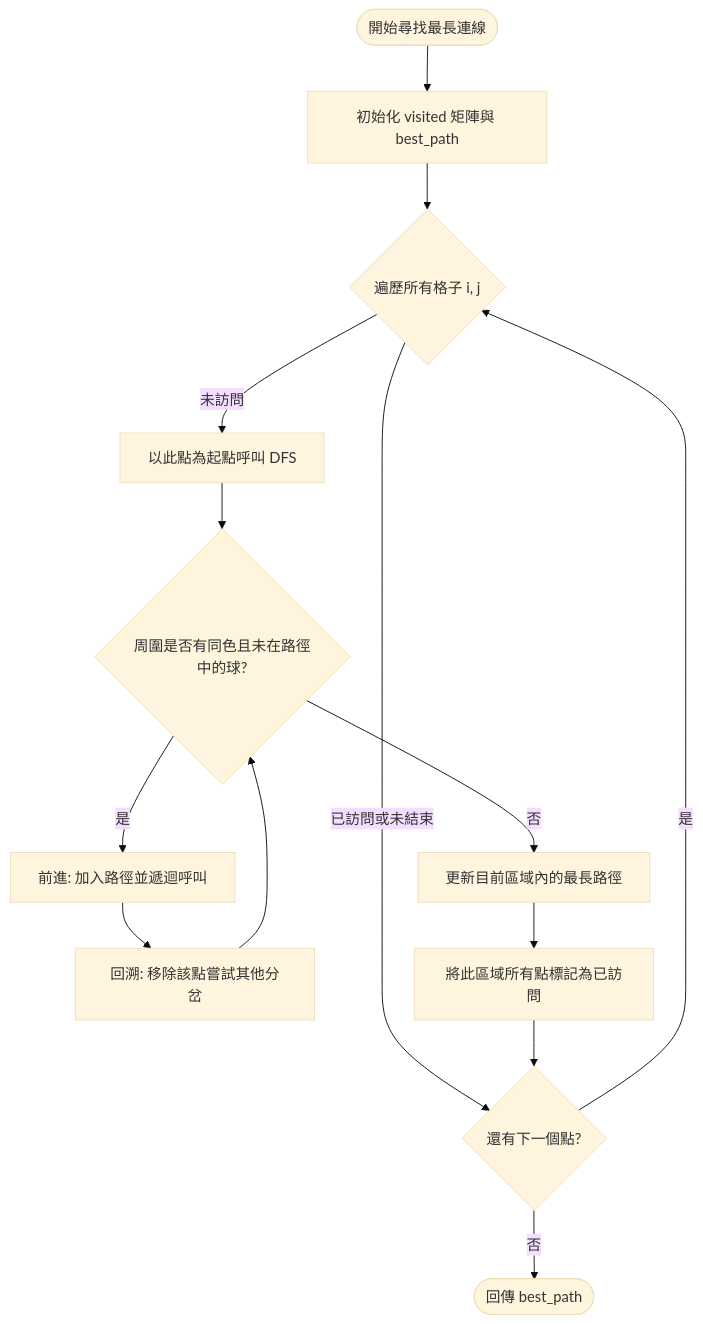
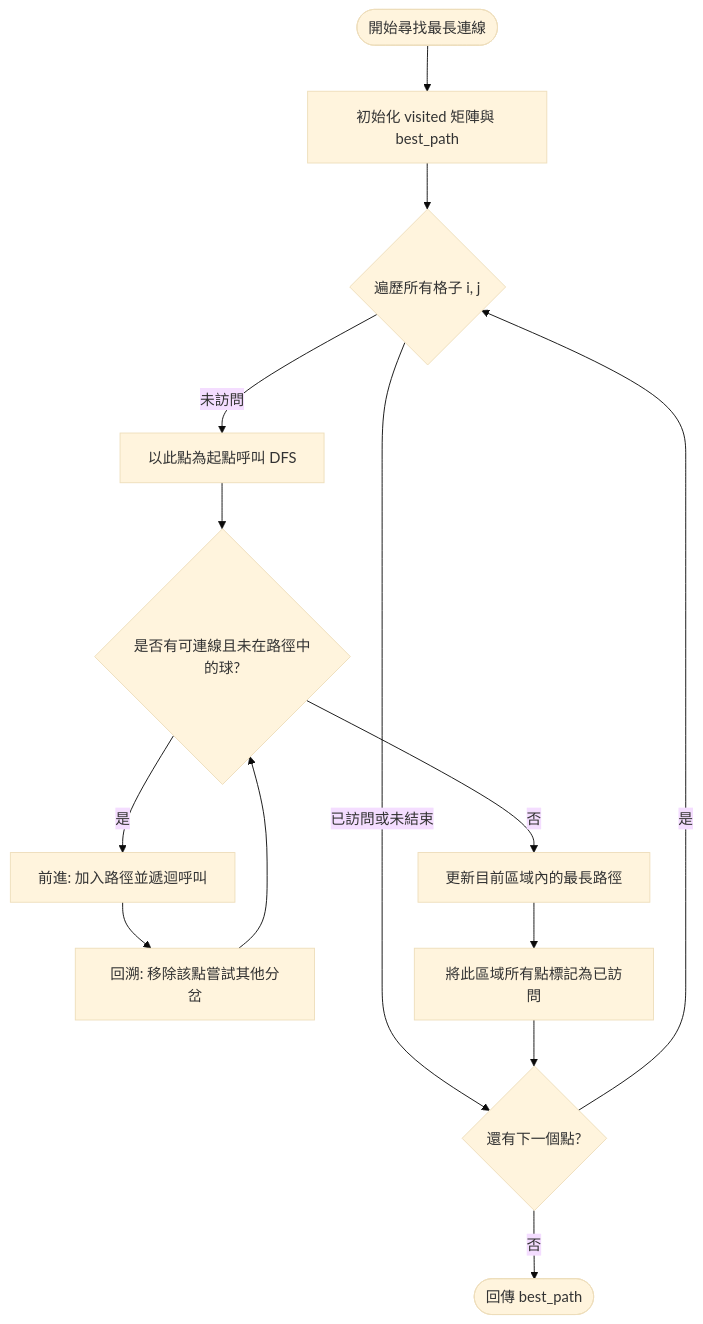
Before and after one commit to Yoyo-ace1110/Collect-Em-All: the second of 2 diagrams in 流程圖.md, drawn with Mermaid (base theme).

Commit message:
修正流程圖.md

````diff
--- a/流程圖.md
+++ b/流程圖.md
@@ -26,20 +26,20 @@
 ```mermaid
 flowchart TD
     Start([開始尋找最長連線]) --> Init[初始化 visited 矩陣與 best_path]
     Init --> LoopStart{遍歷所有格子 i, j}
     
     LoopStart -- 已訪問或未結束 --> Next{還有下一個點?}
     Next -- 是 --> LoopStart
     Next -- 否 --> End([回傳 best_path])
     
     LoopStart -- 未訪問 --> CallDFS[以此點為起點呼叫 DFS]
-    CallDFS --> DFSCheck{周圍是否有同色且未在路徑中的球?}
+    CallDFS --> DFSCheck{是否有可連線且未在路徑中的球?}
     
     DFSCheck -- 是 --> Forward[前進: 加入路徑並遞迴呼叫]
     Forward --> Backtrack[回溯: 移除該點嘗試其他分岔]
     Backtrack --> DFSCheck
     
     DFSCheck -- 否 --> Compare[更新目前區域內的最長路徑]
     Compare --> MarkVisited[將此區域所有點標記為已訪問]
     MarkVisited --> Next
 ```
````
